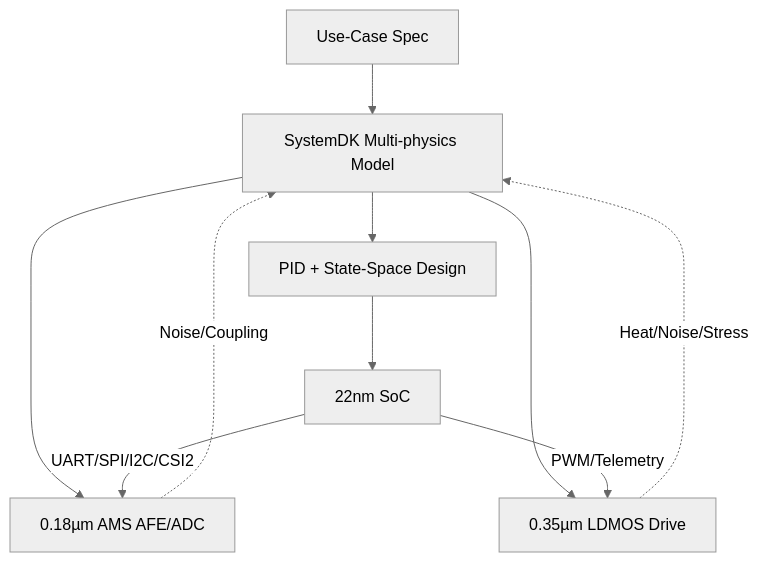
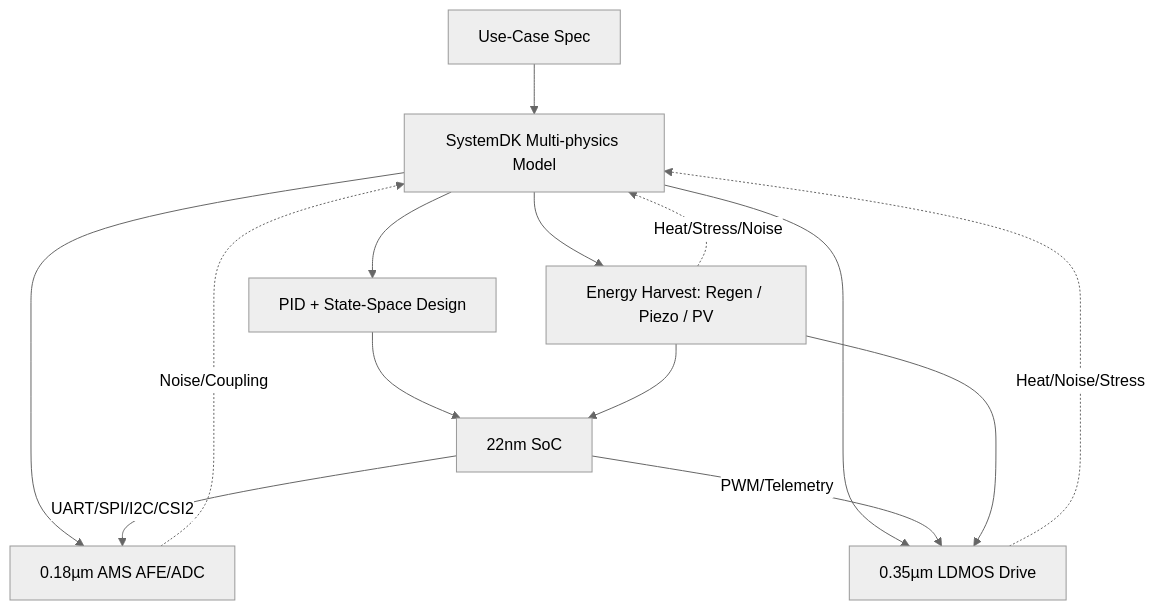
Before and after one commit to Samizo-AITL/AITL-H: the diagram in PoC/humanoid/README.md, drawn with Mermaid (neutral theme). The commit also changed other lines of this file, not shown here.

````diff
--- a/PoC/humanoid/README.md
+++ b/PoC/humanoid/README.md
@@ -50,12 +52,16 @@
 ```mermaid
 flowchart TB
   Spec[Use-Case Spec] --> Model[SystemDK Multi-physics Model]
   Model --> Ctrl[PID + State-Space Design]
   Ctrl --> RTL[22nm SoC]
   Model --> AMS[0.18µm AMS AFE/ADC]
   Model --> PWR[0.35µm LDMOS Drive]
+  Model --> Harvest[Energy Harvest: Regen / Piezo / PV]
   RTL -->|UART/SPI/I2C/CSI2| AMS
   RTL -->|PWM/Telemetry| PWR
+  Harvest --> PWR
+  Harvest --> RTL
   PWR -.Heat/Noise/Stress.-> Model
   AMS -.Noise/Coupling.-> Model
+  Harvest -.Heat/Stress/Noise.-> Model
 ```
````
